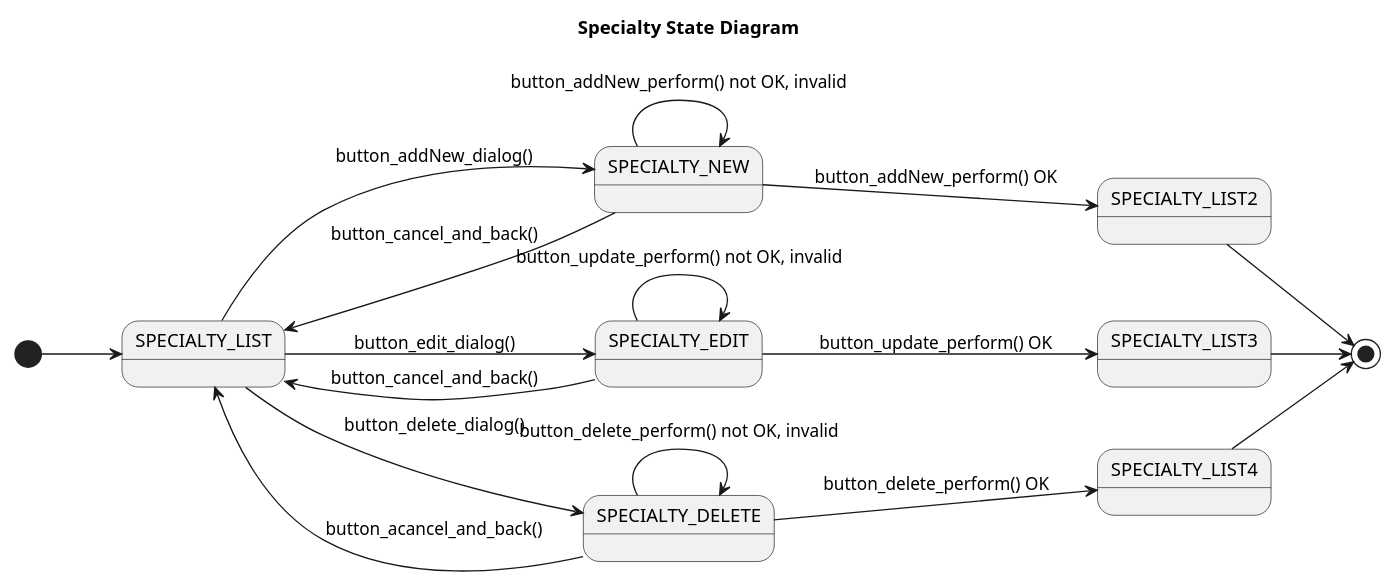
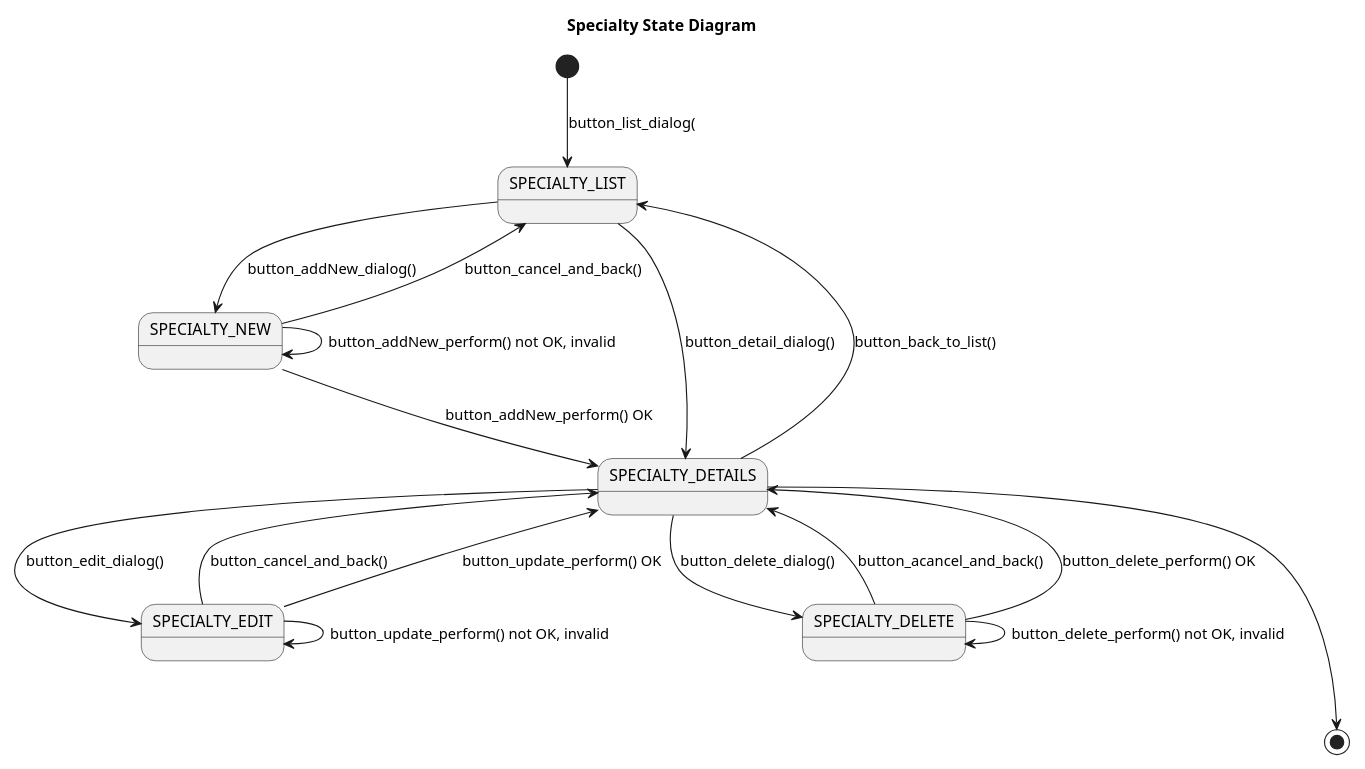
Before and after one commit to Jakarta-EE-Petclinic/petclinic-uml: the diagram in puml/vet/concept/Specialty__UseCase__State.puml, drawn with PlantUML. The commit also changed 6 other files, not shown here.

```diff
--- a/puml/vet/concept/Specialty__UseCase__State.puml
+++ b/puml/vet/concept/Specialty__UseCase__State.puml
@@ -1,43 +1,41 @@
 @startuml
 
 title Specialty State Diagram
 
 'https://plantuml.com/state-diagram
 
-left to right direction
-'top to bottom direction
+' left to right direction
+top to bottom direction
 
 scale 1000 width
 
-[*] --> SPECIALTY_LIST
-
+[*] --> SPECIALTY_LIST: button_list_dialog(
 
 SPECIALTY_LIST --> SPECIALTY_NEW : button_addNew_dialog()
 SPECIALTY_NEW --> SPECIALTY_LIST: button_cancel_and_back()
-SPECIALTY_NEW --> SPECIALTY_LIST2: button_addNew_perform() OK
-
-SPECIALTY_LIST --> SPECIALTY_EDIT: button_edit_dialog()
-SPECIALTY_EDIT --> SPECIALTY_LIST: button_cancel_and_back()
-SPECIALTY_EDIT --> SPECIALTY_LIST3: button_update_perform() OK
-
-SPECIALTY_LIST --> SPECIALTY_DELETE: button_delete_dialog()
-SPECIALTY_DELETE --> SPECIALTY_LIST: button_acancel_and_back()
-SPECIALTY_DELETE --> SPECIALTY_LIST4: button_delete_perform() OK
-
-SPECIALTY_LIST2 --> [*]
-SPECIALTY_LIST3 --> [*]
-SPECIALTY_LIST4 --> [*]
-
-
 state SPECIALTY_NEW {
     SPECIALTY_NEW --> SPECIALTY_NEW : button_addNew_perform() not OK, invalid
 }
+SPECIALTY_NEW --> SPECIALTY_DETAILS: button_addNew_perform() OK
+
+
+SPECIALTY_LIST --> SPECIALTY_DETAILS: button_detail_dialog()
+SPECIALTY_DETAILS --> SPECIALTY_LIST: button_back_to_list()
+
+SPECIALTY_DETAILS --> SPECIALTY_EDIT: button_edit_dialog()
+SPECIALTY_EDIT --> SPECIALTY_DETAILS: button_cancel_and_back()
 state SPECIALTY_EDIT {
     SPECIALTY_EDIT --> SPECIALTY_EDIT: button_update_perform() not OK, invalid
 }
+SPECIALTY_EDIT --> SPECIALTY_DETAILS: button_update_perform() OK
+
+SPECIALTY_DETAILS --> SPECIALTY_DELETE: button_delete_dialog()
+SPECIALTY_DELETE --> SPECIALTY_DETAILS: button_acancel_and_back()
 state SPECIALTY_DELETE {
     SPECIALTY_DELETE --> SPECIALTY_DELETE: button_delete_perform() not OK, invalid
 }
+SPECIALTY_DELETE --> SPECIALTY_DETAILS: button_delete_perform() OK
 
+SPECIALTY_DETAILS ---> [*]
 
 @enduml
```
